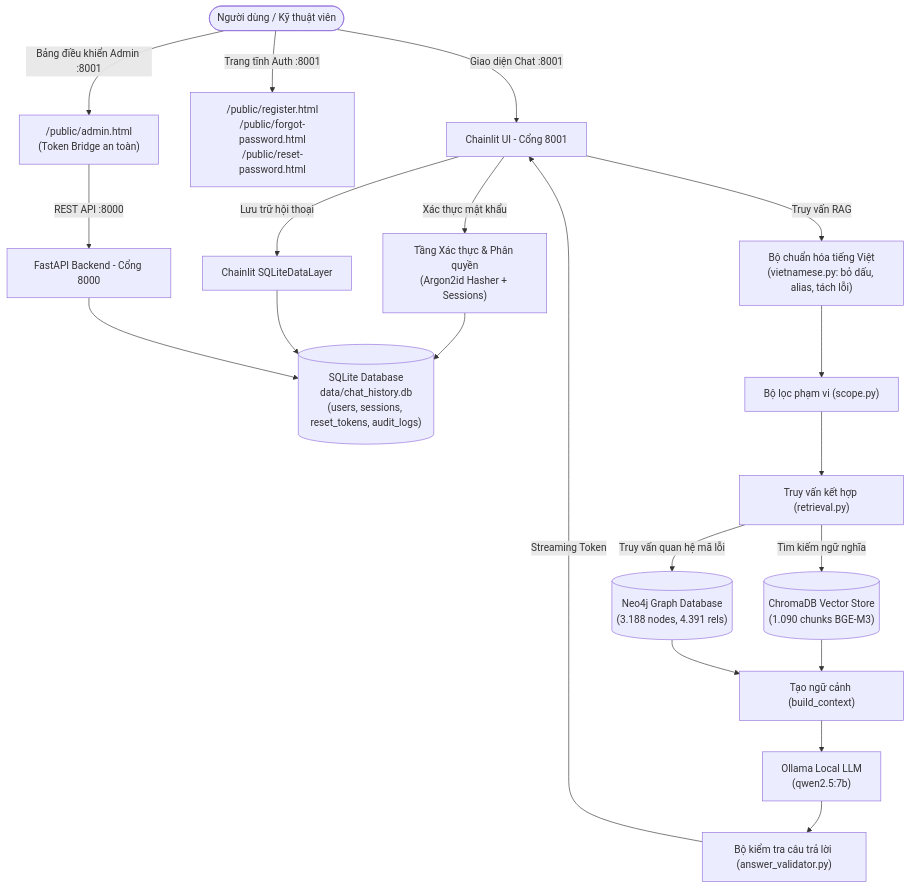
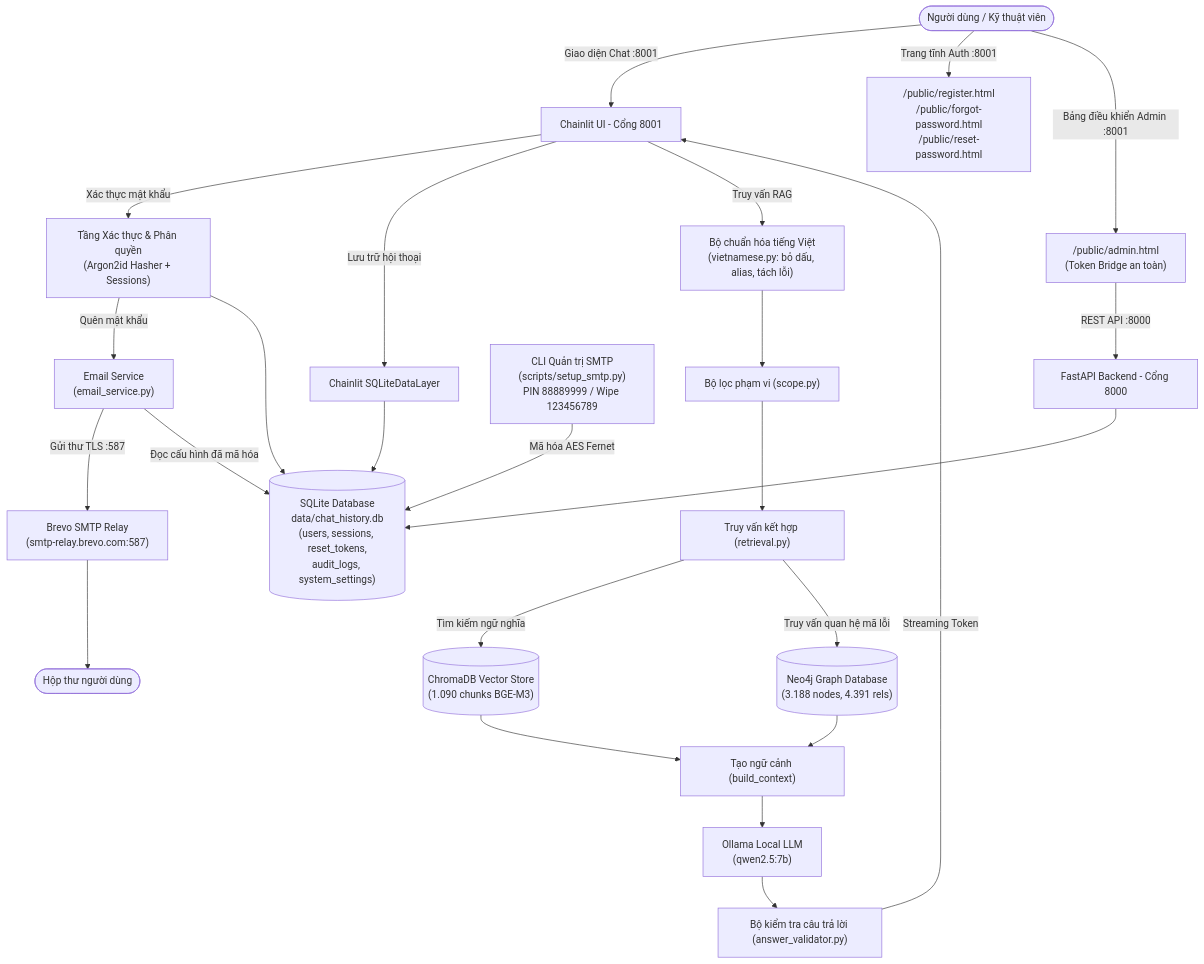
The diagram in README.md (shengs1/appliance-troubleshooter-rag), drawn with Mermaid before and after one commit. The commit also changed other lines of this file and 76 other files, not shown here.

````diff
--- a/README.md
+++ b/README.md
@@ -30,27 +32,34 @@
 ```mermaid
 flowchart TD
     User([Người dùng / Kỹ thuật viên]) -->|Giao diện Chat :8001| ChainlitUI[Chainlit UI - Cổng 8001]
     User -->|Trang tĩnh Auth :8001| StaticPages["/public/register.html\n/public/forgot-password.html\n/public/reset-password.html"]
     User -->|Bảng điều khiển Admin :8001| AdminDashboard["/public/admin.html\n(Token Bridge an toàn)"]
 
     ChainlitUI -->|Xác thực mật khẩu| AuthCore["Tầng Xác thực & Phân quyền\n(Argon2id Hasher + Sessions)"]
     ChainlitUI -->|Lưu trữ hội thoại| SQLiteDataLayer["Chainlit SQLiteDataLayer"]
     AdminDashboard -->|REST API :8000| FastApiBackend["FastAPI Backend - Cổng 8000"]
     
-    AuthCore --> SqliteDB[("SQLite Database\ndata/chat_history.db\n(users, sessions, reset_tokens, audit_logs)")]
+    AuthCore -->|Quên mật khẩu| EmailService["Email Service\n(email_service.py)"]
+    EmailService -->|Gửi thư TLS :587| BrevoSMTP["Brevo SMTP Relay\n(smtp-relay.brevo.com:587)"]
+    BrevoSMTP --> UserMail([Hộp thư người dùng])
+
+    AdminCLI["CLI Quản trị SMTP\n(scripts/setup_smtp.py)\nPIN 88889999 / Wipe 123456789"] -->|Mã hóa AES Fernet| SqliteDB
+    EmailService -->|Đọc cấu hình đã mã hóa| SqliteDB
+    
+    AuthCore --> SqliteDB[("SQLite Database\ndata/chat_history.db\n(users, sessions, reset_tokens,\naudit_logs, system_settings)")]
     SQLiteDataLayer --> SqliteDB
     FastApiBackend --> SqliteDB
 
     ChainlitUI -->|Truy vấn RAG| VietnameseModule["Bộ chuẩn hóa tiếng Việt\n(vietnamese.py: bỏ dấu, alias, tách lỗi)"]
     VietnameseModule --> ScopeGuard["Bộ lọc phạm vi (scope.py)"]
     ScopeGuard --> HybridEngine["Truy vấn kết hợp (retrieval.py)"]
 
     HybridEngine -->|Tìm kiếm ngữ nghĩa| ChromaDB[("ChromaDB Vector Store\n(1.090 chunks BGE-M3)")]
     HybridEngine -->|Truy vấn quan hệ mã lỗi| Neo4j[("Neo4j Graph Database\n(3.188 nodes, 4.391 rels)")]
 
     ChromaDB --> ContextBuilder["Tạo ngữ cảnh (build_context)"]
     Neo4j --> ContextBuilder
     ContextBuilder --> LocalLLM["Ollama Local LLM\n(qwen2.5:7b)"]
     LocalLLM --> Validator["Bộ kiểm tra câu trả lời (answer_validator.py)"]
     Validator -->|Streaming Token| ChainlitUI
 ```
````
